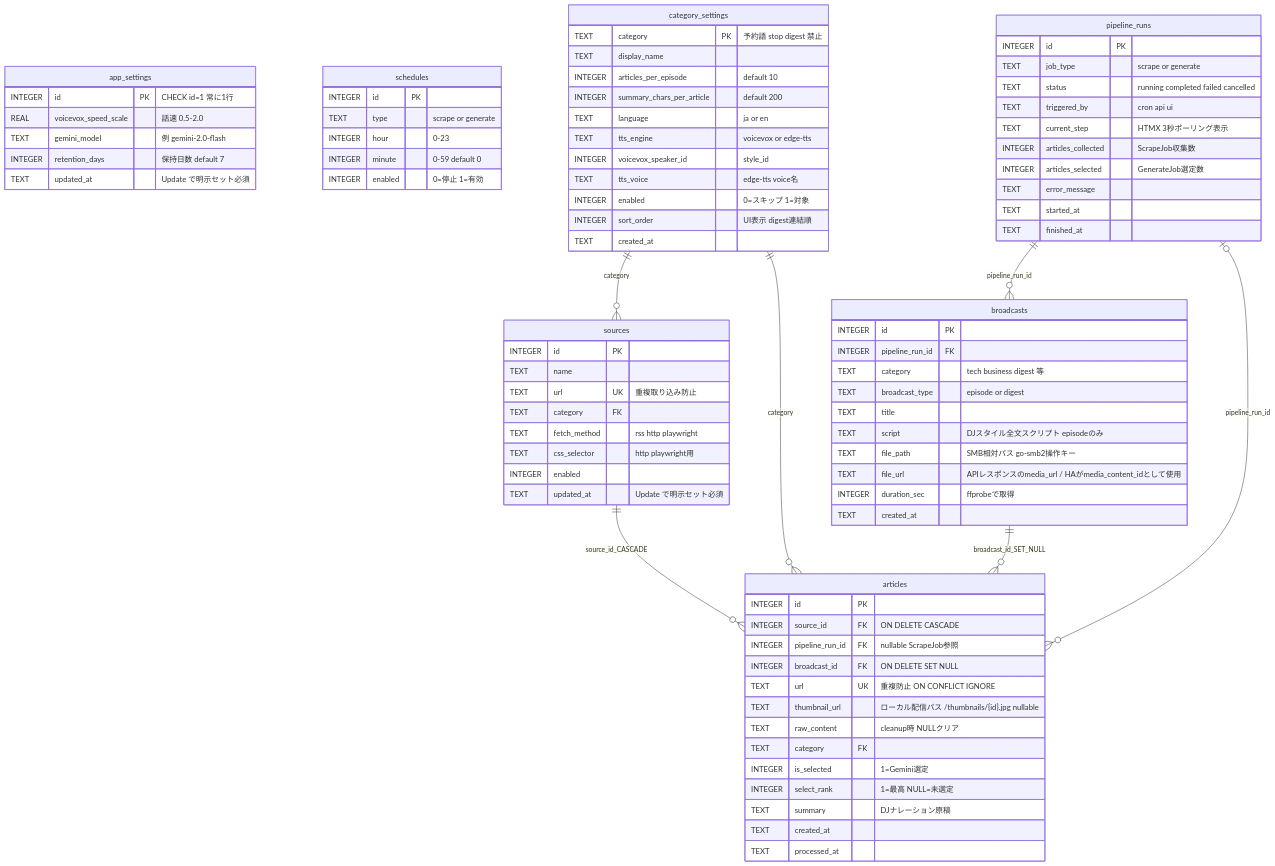
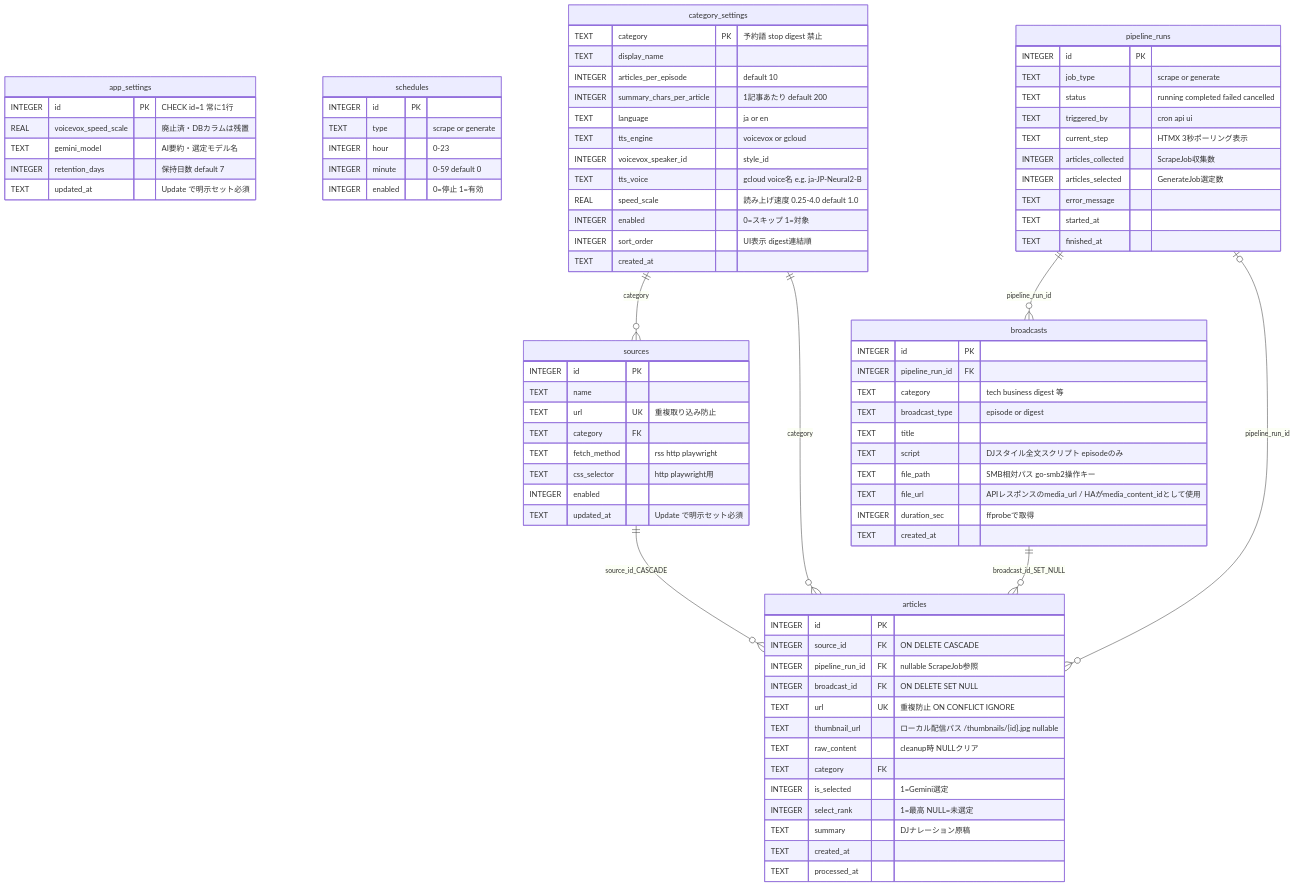
The fourth of 15 diagrams in PLAN.md (svhome01/ai-news), drawn with Mermaid before and after one commit. The commit also changed other lines of this file and 2 other files, not shown here.

Commit message:
feat: update TTS engine to include Google Cloud TTS and add per-category speed scaling

```diff
--- a/PLAN.md
+++ b/PLAN.md
@@ -441,8 +444,8 @@
 erDiagram
     app_settings {
         INTEGER id PK "CHECK id=1 常に1行"
-        REAL voicevox_speed_scale "話速 0.5-2.0"
-        TEXT gemini_model "例 gemini-2.0-flash"
+        REAL voicevox_speed_scale "廃止済・DBカラムは残置"
+        TEXT gemini_model "AI要約・選定モデル名"
         INTEGER retention_days "保持日数 default 7"
         TEXT updated_at "Update で明示セット必須"
     }
@@ -459,11 +462,12 @@
         TEXT category PK "予約語 stop digest 禁止"
         TEXT display_name
         INTEGER articles_per_episode "default 10"
-        INTEGER summary_chars_per_article "default 200"
+        INTEGER summary_chars_per_article "1記事あたり default 200"
         TEXT language "ja or en"
-        TEXT tts_engine "voicevox or edge-tts"
+        TEXT tts_engine "voicevox or gcloud"
         INTEGER voicevox_speaker_id "style_id"
-        TEXT tts_voice "edge-tts voice名"
+        TEXT tts_voice "gcloud voice名 e.g. ja-JP-Neural2-B"
+        REAL speed_scale "読み上げ速度 0.25-4.0 default 1.0"
         INTEGER enabled "0=スキップ 1=対象"
         INTEGER sort_order "UI表示 digest連結順"
         TEXT created_at
```
